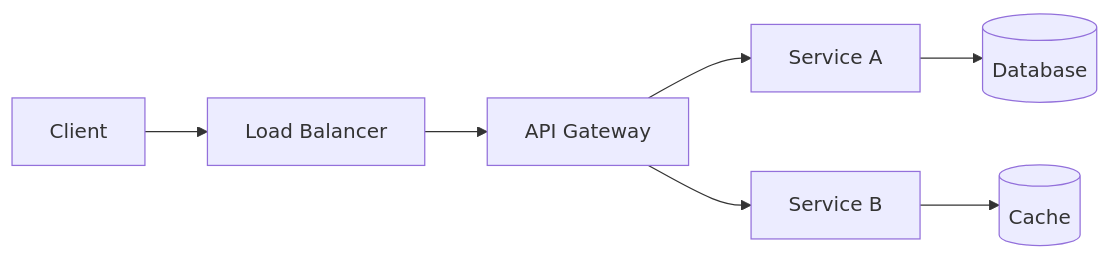
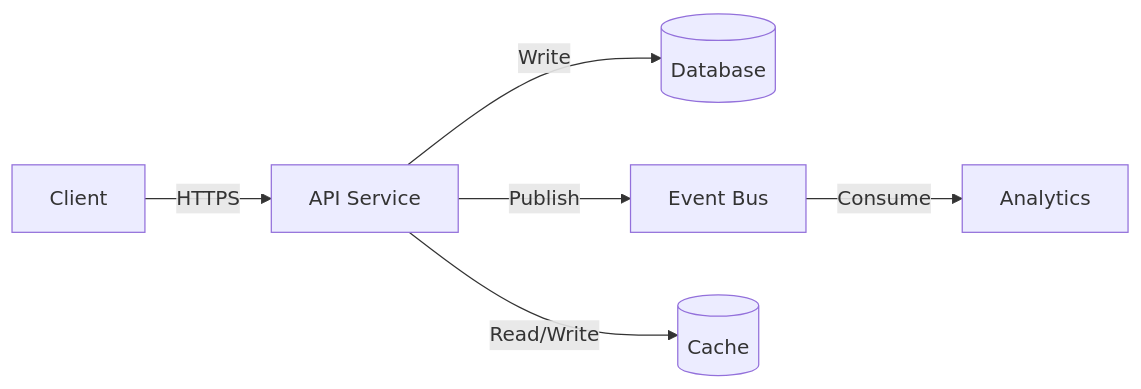
The third of 4 diagrams in templates/tier-1-system/ARCHITECTURE.md (daddal001/Universal-AI-Driven-Documentation-Standard), drawn with Mermaid before and after one commit. The commit also changed other lines of this file and 46 other files, not shown here.

````diff
--- a/templates/tier-1-system/ARCHITECTURE.md
+++ b/templates/tier-1-system/ARCHITECTURE.md
@@ -54,9 +101,8 @@
 ```mermaid
 flowchart LR
-    A[Client] --> B[Load Balancer]
-    B --> C[API Gateway]
-    C --> D[Service A]
-    C --> E[Service B]
-    D --> F[(Database)]
-    E --> G[(Cache)]
+    A[Client] -->|HTTPS| B[API Service]
+    B -->|Write| C[(Database)]
+    B -->|Publish| D[Event Bus]
+    D -->|Consume| E[Analytics]
+    B -->|Read/Write| F[(Cache)]
 ```
````
